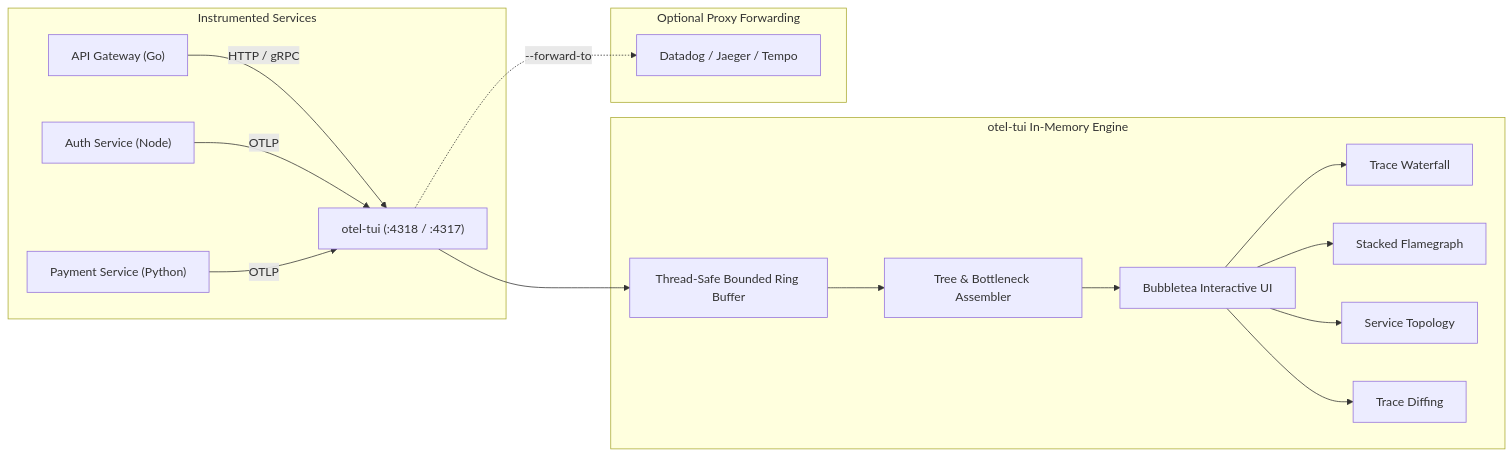
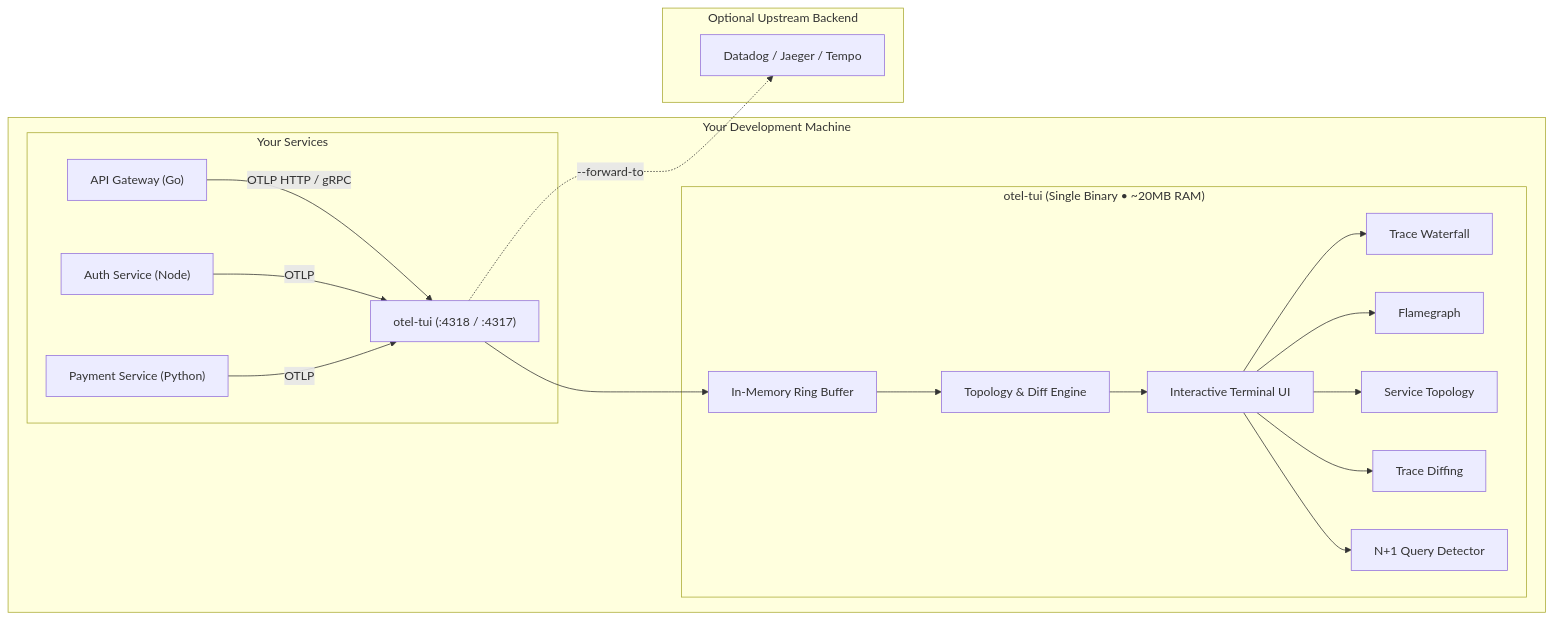
One commit to smford/otel-tui changed the diagram in docs/index.md. Above: the diagram before and after it, drawn with Mermaid. The commit also changed other lines of this file and 1 other file, not shown here.

````diff
--- a/docs/index.md
+++ b/docs/index.md
@@ -13,22 +13,25 @@
 ```mermaid
 flowchart LR
-    subgraph Apps ["Instrumented Services"]
-        A["API Gateway (Go)"] -->|HTTP / gRPC| O["otel-tui (:4318 / :4317)"]
-        B["Auth Service (Node)"] -->|OTLP| O
-        C["Payment Service (Python)"] -->|OTLP| O
+    subgraph DevWorkspace ["Your Development Machine"]
+        subgraph Apps ["Your Services"]
+            A["API Gateway (Go)"] -->|OTLP HTTP / gRPC| O["otel-tui (:4318 / :4317)"]
+            B["Auth Service (Node)"] -->|OTLP| O
+            C["Payment Service (Python)"] -->|OTLP| O
+        end
+
+        subgraph TUI ["otel-tui (Single Binary • ~20MB RAM)"]
+            O --> RB["In-Memory Ring Buffer"]
+            RB --> TA["Topology & Diff Engine"]
+            TA --> UI["Interactive Terminal UI"]
+            UI --> W["Trace Waterfall"]
+            UI --> F["Flamegraph"]
+            UI --> S["Service Topology"]
+            UI --> D["Trace Diffing"]
+            UI --> N["N+1 Query Detector"]
+        end
     end
 
-    subgraph TUI ["otel-tui In-Memory Engine"]
-        O --> RB["Thread-Safe Bounded Ring Buffer"]
-        RB --> TA["Tree & Bottleneck Assembler"]
-        TA --> UI["Bubbletea Interactive UI"]
-        UI --> W["Trace Waterfall"]
-        UI --> F["Stacked Flamegraph"]
-        UI --> S["Service Topology"]
-        UI --> D["Trace Diffing"]
-    end
-
-    subgraph Upstream ["Optional Proxy Forwarding"]
+    subgraph Cloud ["Optional Upstream Backend"]
         O -.->|--forward-to| J["Datadog / Jaeger / Tempo"]
     end
 ```
````
